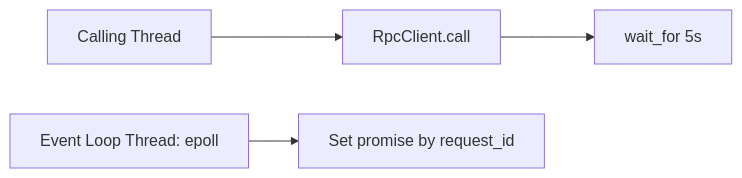
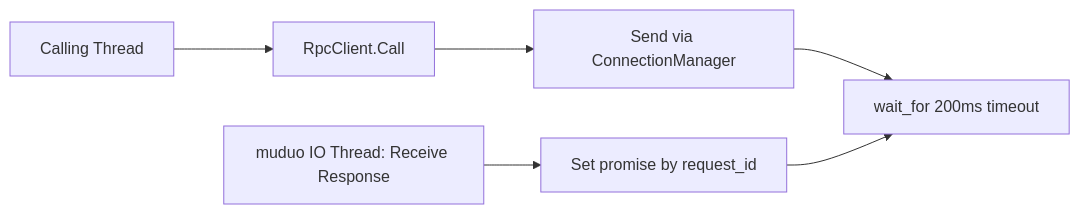
The third of 3 diagrams in docs/en/guide/architecture.md (desyang-hub/mini-rpc), drawn with Mermaid before and after one commit. The commit also changed other lines of this file and 17 other files, not shown here.

````diff
--- a/docs/en/guide/architecture.md
+++ b/docs/en/guide/architecture.md
@@ -126,6 +120,9 @@
 ```mermaid
 graph LR
-    Caller[Calling Thread] --> Call[RpcClient.call]
-    Call --> Future[wait_for 5s]
-    Handler[Event Loop Thread: epoll] --> Response[Set promise by request_id]
+    Caller[Calling Thread] --> Call[RpcClient.Call]
+    Call --> Send[Send via ConnectionManager]
+    Send --> Wait[wait_for 200ms timeout]
+    Handler[muduo IO Thread: Receive Response]
+    Handler --> Match[Set promise by request_id]
+    Match --> Wait
 ```
````
